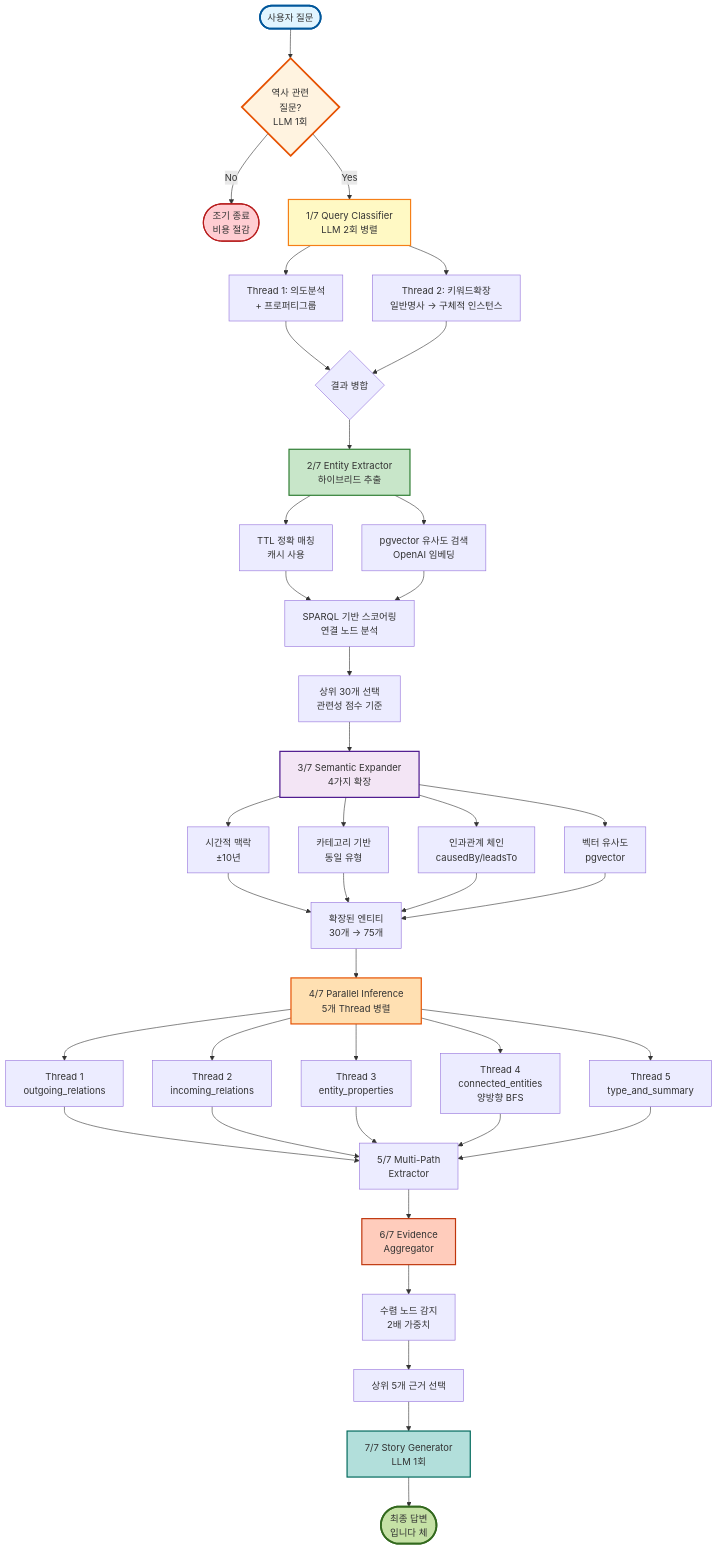
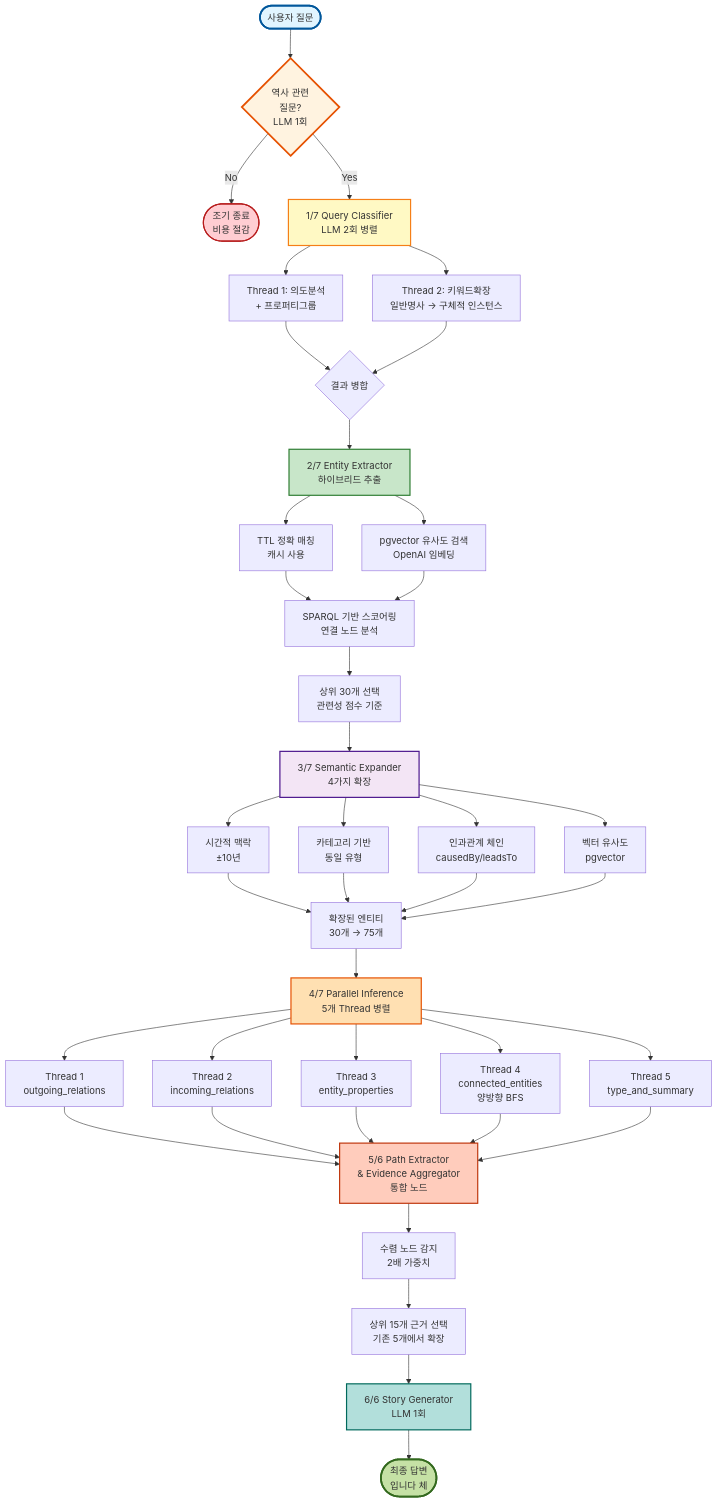
Before and after one commit to SKNETWORKS-FAMILY-AICAMP/SKN18-FINAL-3TEAM: the first of 5 diagrams in backend/ontology_langgraph_structure/docs/README.md, drawn with Mermaid. The commit also changed other lines of this file and 4 other files, not shown here.

````diff
--- a/backend/ontology_langgraph_structure/docs/README.md
+++ b/backend/ontology_langgraph_structure/docs/README.md
@@ -5,69 +5,67 @@
 ```mermaid
 graph TD
     Start([사용자 질문]) --> HistCheck{역사 관련<br/>질문?<br/>LLM 1회}
 
     HistCheck -->|No| Exit([조기 종료<br/>비용 절감])
     HistCheck -->|Yes| Classifier[1/7 Query Classifier<br/>LLM 2회 병렬]
 
     Classifier --> Thread1[Thread 1: 의도분석<br/>+ 프로퍼티그룹]
     Classifier --> Thread2[Thread 2: 키워드확장<br/>일반명사 → 구체적 인스턴스]
 
     Thread1 --> Merge1{결과 병합}
     Thread2 --> Merge1
 
     Merge1 --> Extractor[2/7 Entity Extractor<br/>하이브리드 추출]
 
     Extractor --> TTL[TTL 정확 매칭<br/>캐시 사용]
     Extractor --> PGVector[pgvector 유사도 검색<br/>OpenAI 임베딩]
 
     TTL --> Scoring[SPARQL 기반 스코어링<br/>연결 노드 분석]
     PGVector --> Scoring
 
     Scoring --> Top30[상위 30개 선택<br/>관련성 점수 기준]
 
     Top30 --> Expander[3/7 Semantic Expander<br/>4가지 확장]
 
     Expander --> Temporal[시간적 맥락<br/>±10년]
     Expander --> Category[카테고리 기반<br/>동일 유형]
     Expander --> Causal[인과관계 체인<br/>causedBy/leadsTo]
     Expander --> Vector[벡터 유사도<br/>pgvector]
 
     Temporal --> Expanded[확장된 엔티티<br/>30개 → 75개]
     Category --> Expanded
     Causal --> Expanded
     Vector --> Expanded
 
     Expanded --> Parallel[4/7 Parallel Inference<br/>5개 Thread 병렬]
 
     Parallel --> T1[Thread 1<br/>outgoing_relations]
     Parallel --> T2[Thread 2<br/>incoming_relations]
     Parallel --> T3[Thread 3<br/>entity_properties]
     Parallel --> T4[Thread 4<br/>connected_entities<br/>양방향 BFS]
     Parallel --> T5[Thread 5<br/>type_and_summary]
 
-    T1 --> Merge2[5/7 Multi-Path<br/>Extractor]
-    T2 --> Merge2
-    T3 --> Merge2
-    T4 --> Merge2
-    T5 --> Merge2
+    T1 --> PathAgg[5/6 Path Extractor<br/>& Evidence Aggregator<br/>통합 노드]
+    T2 --> PathAgg
+    T3 --> PathAgg
+    T4 --> PathAgg
+    T5 --> PathAgg
 
-    Merge2 --> Aggregator[6/7 Evidence<br/>Aggregator]
+    PathAgg --> Convergence[수렴 노드 감지<br/>2배 가중치]
+    Convergence --> Top15[상위 15개 근거 선택<br/>기존 5개에서 확장]
 
-    Aggregator --> Convergence[수렴 노드 감지<br/>2배 가중치]
-    Convergence --> Top5[상위 5개 근거 선택]
-
-    Top5 --> Generator[7/7 Story Generator<br/>LLM 1회]
+    Top15 --> Generator[6/6 Story Generator<br/>LLM 1회]
 
     Generator --> Answer([최종 답변<br/>입니다 체])
 
     style Start fill:#e1f5ff,stroke:#01579b,stroke-width:3px
     style HistCheck fill:#fff3e0,stroke:#e65100,stroke-width:3px
     style Classifier fill:#fff9c4,stroke:#f57f17,stroke-width:2px
     style Extractor fill:#c8e6c9,stroke:#2e7d32,stroke-width:2px
     style Expander fill:#f3e5f5,stroke:#4a148c,stroke-width:2px
     style Parallel fill:#ffe0b2,stroke:#e65100,stroke-width:2px
-    style Aggregator fill:#ffccbc,stroke:#bf360c,stroke-width:2px
+    style PathAgg fill:#ffccbc,stroke:#bf360c,stroke-width:2px
     style Generator fill:#b2dfdb,stroke:#00695c,stroke-width:2px
     style Answer fill:#c5e1a5,stroke:#33691e,stroke-width:3px
     style Exit fill:#ffcdd2,stroke:#b71c1c,stroke-width:2px
 ```
````
